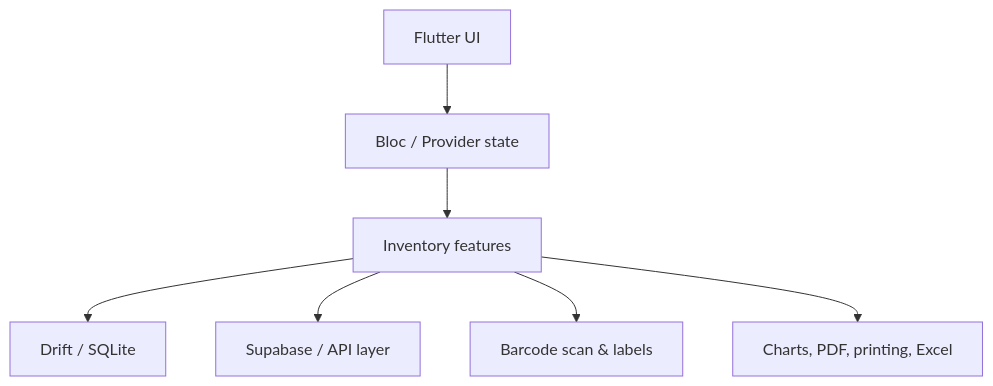
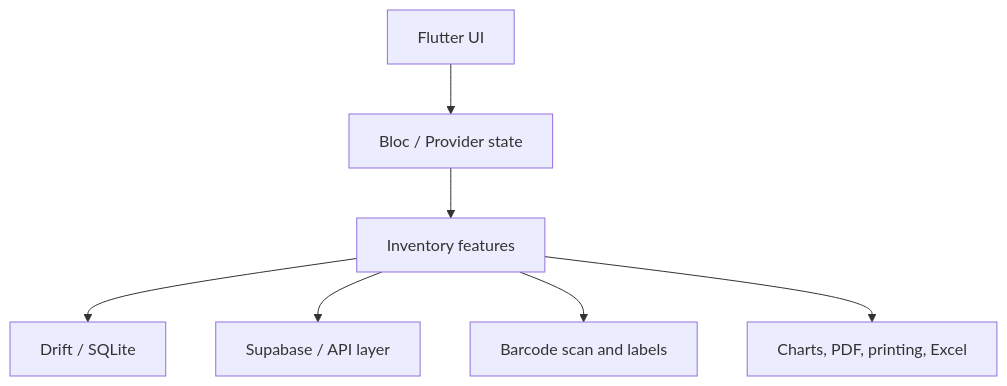
The diagram in case-studies/storix.md (menaaymangad/case-studies), drawn with Mermaid before and after one commit. The commit also changed other lines of this file and 4 other files, not shown here.

````diff
--- a/case-studies/storix.md
+++ b/case-studies/storix.md
@@ -68,9 +72,9 @@
 ```mermaid
 flowchart TD
   UI[Flutter UI] --> State[Bloc / Provider state]
   State --> Features[Inventory features]
   Features --> LocalDB[Drift / SQLite]
   Features --> Remote[Supabase / API layer]
-  Features --> Barcode[Barcode scan & labels]
+  Features --> Barcode[Barcode scan and labels]
   Features --> Reports[Charts, PDF, printing, Excel]
 ```
````
